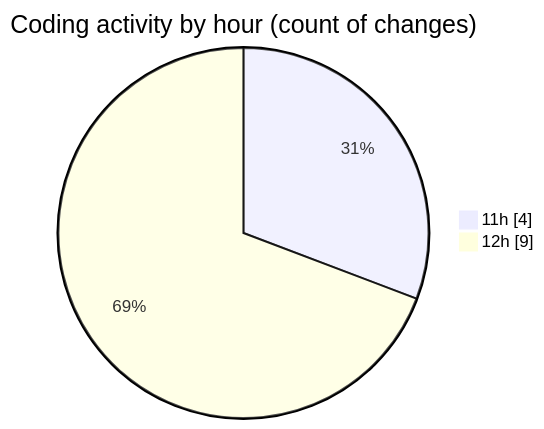
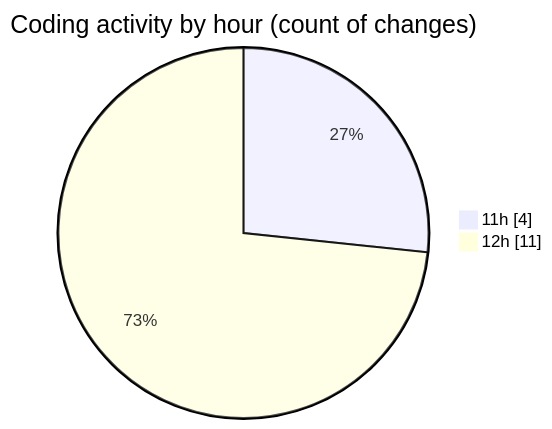
One commit to seballot/code-tracking changed the second of 2 diagrams in 2025-06-18/app__container_registration-app__calm-app__/README.md. Above: the diagram before and after it, drawn with Mermaid. The commit also changed other lines of this file and 1 other file, not shown here.

````diff
--- a/2025-06-18/app__container_registration-app__calm-app__/README.md
+++ b/2025-06-18/app__container_registration-app__calm-app__/README.md
@@ -28,6 +29,6 @@
 ```mermaid
 pie showData
 title Coding activity by hour (count of changes)
 "11h" : 4
-"12h" : 9
+"12h" : 11
 ```
````
